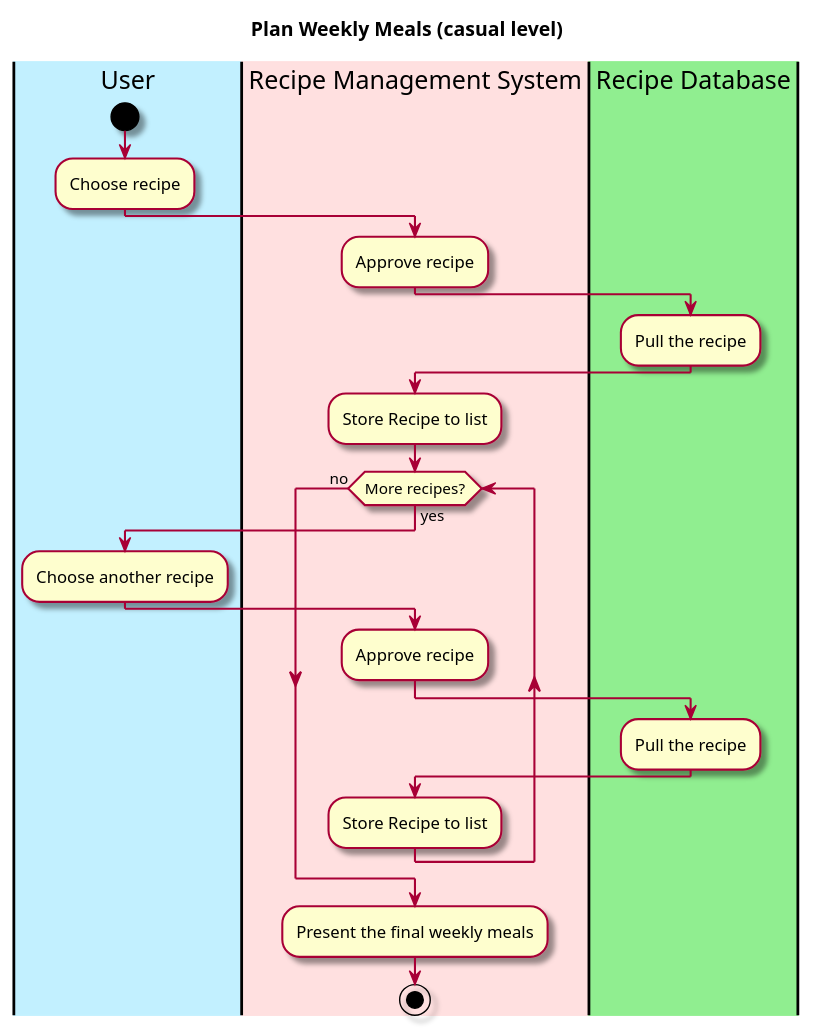
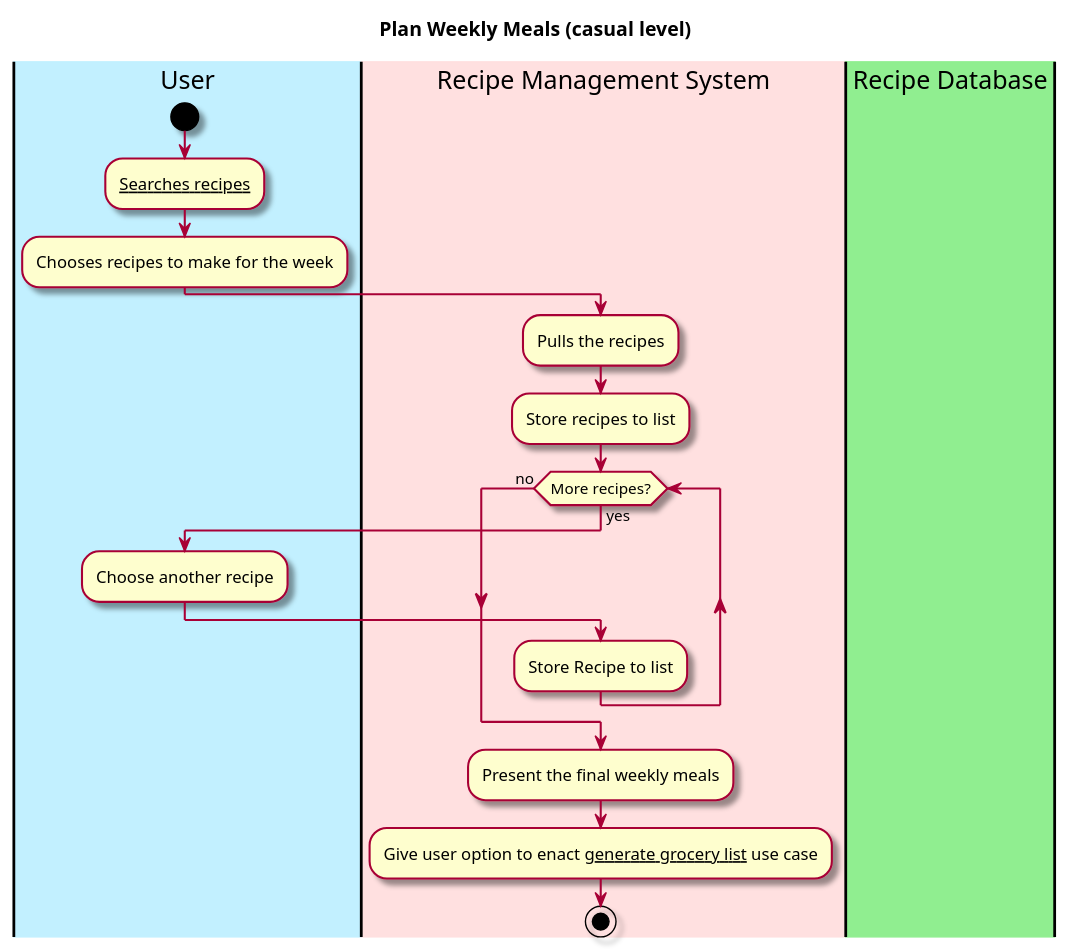
One commit to berthashipper/Pantry-Pal-Android-Application changed the diagram in intellij/doc/use-cases/plan_weekly_meals.md. Above: the diagram before and after it, drawn with PlantUML. The commit also changed 7 other files, not shown here.

````diff
--- a/intellij/doc/use-cases/plan_weekly_meals.md
+++ b/intellij/doc/use-cases/plan_weekly_meals.md
@@ -30,40 +30,35 @@
 ```plantuml
 @startuml
 
 skin rose
 
 title Plan Weekly Meals (casual level)
 
 'define the lanes
 |#application|User|
 |#implementation|Recipe Management System|
 |#lightgreen|Recipe Database|
 
 |User|
 start
-:Choose recipe;
+:__Searches recipes__;
+:Chooses recipes to make for the week;
 
 |Recipe Management System|
-:Approve recipe;
-|Recipe Database|
-:Pull the recipe;
-|Recipe Management System|
-:Store Recipe to list;
+:Pulls the recipes;
+:Store recipes to list;
 while (More recipes?) is (yes)
    |User|
   :Choose another recipe;
   |Recipe Management System|
-:Approve recipe;
-|Recipe Database|
-:Pull the recipe;
-|Recipe Management System|
 :Store Recipe to list;
 endwhile (no)
 
 |Recipe Management System|
 :Present the final weekly meals;
+:Give user option to enact __generate grocery list__ use case;
 
 stop
 @enduml
 
 ```
````
